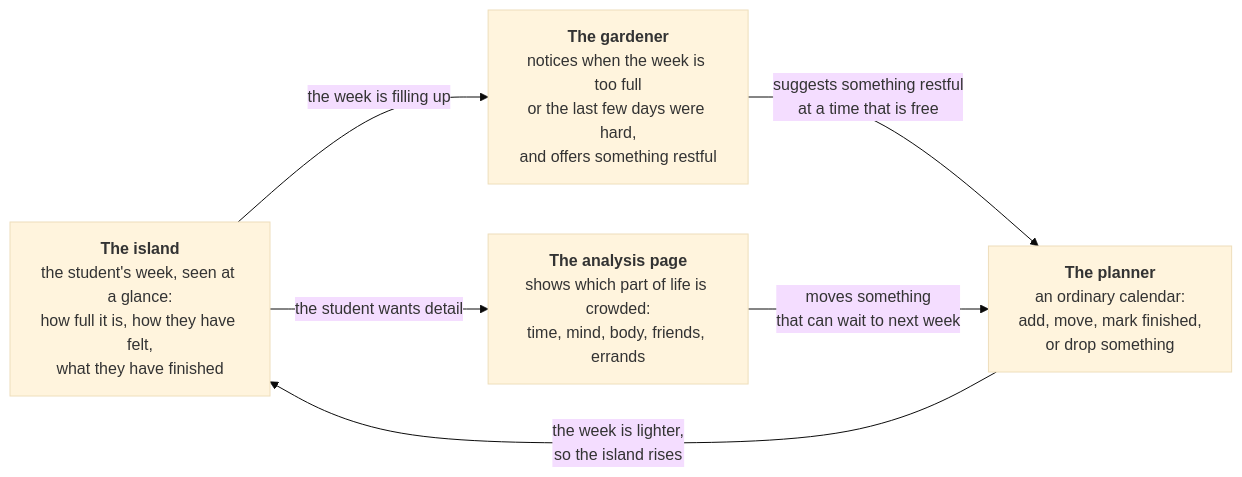
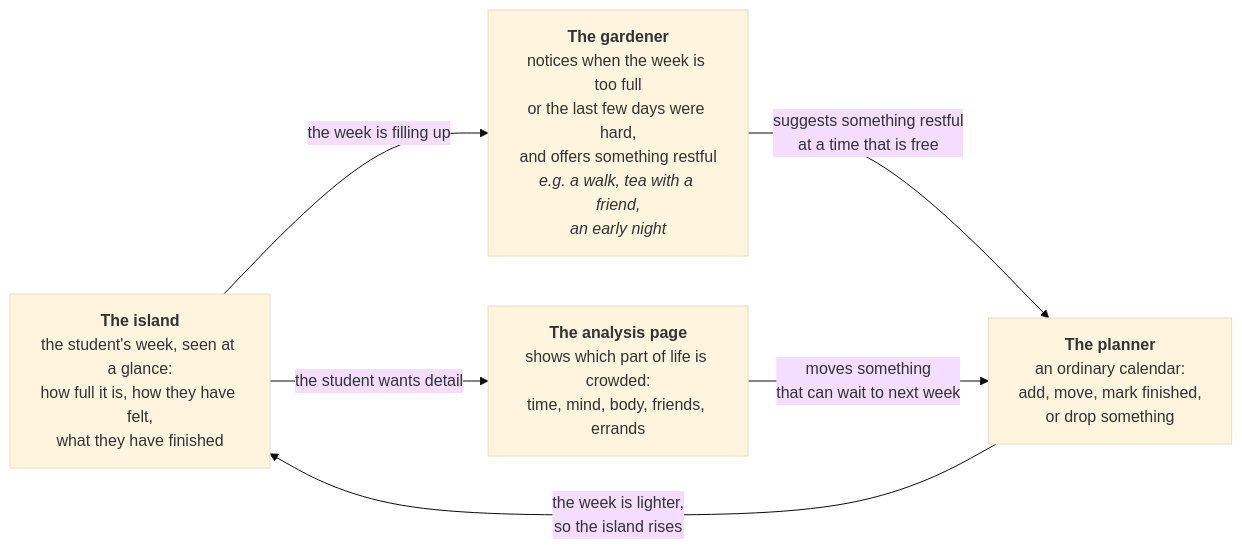
Before and after one commit to 25006675-png/Island_life: the first of 3 diagrams in README.md, drawn with Mermaid (base theme).

Commit message:
Label the gardener's ideas as examples

````diff
--- a/README.md
+++ b/README.md
@@ -314,13 +314,13 @@
 ```mermaid
 flowchart LR
     Island["<b>The island</b><br/>the student's week, seen at a glance:<br/>how full it is, how they have felt,<br/>what they have finished"]
-    Gardener["<b>The gardener</b><br/>notices when the week is too full<br/>or the last few days were hard,<br/>and offers something restful"]
+    Gardener["<b>The gardener</b><br/>notices when the week is too full<br/>or the last few days were hard,<br/>and offers something restful<br/><i>e.g. a walk, tea with a friend,<br/>an early night</i>"]
     Balance["<b>The analysis page</b><br/>shows which part of life is crowded:<br/>time, mind, body, friends, errands"]
     Planner["<b>The planner</b><br/>an ordinary calendar:<br/>add, move, mark finished,<br/>or drop something"]
 
     Island -- "the week is filling up" --> Gardener
     Island -- "the student wants detail" --> Balance
     Gardener -- "suggests something restful<br/>at a time that is free" --> Planner
     Balance -- "moves something<br/>that can wait to next week" --> Planner
     Planner -- "the week is lighter,<br/>so the island rises" --> Island
 ```
````
